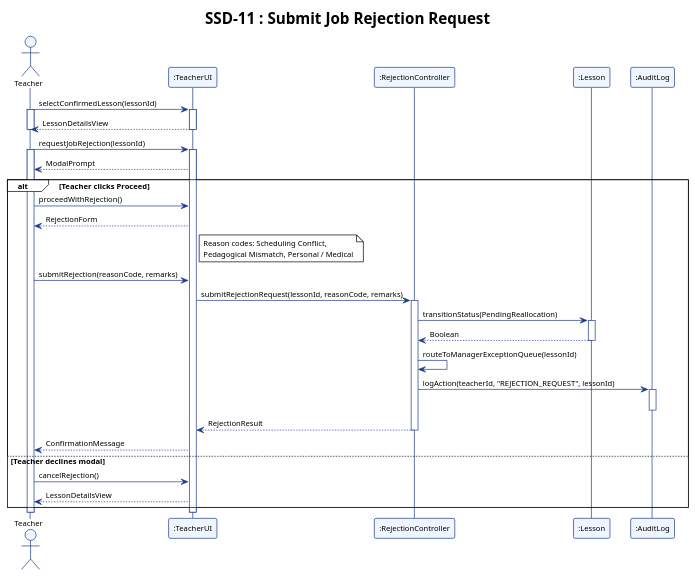
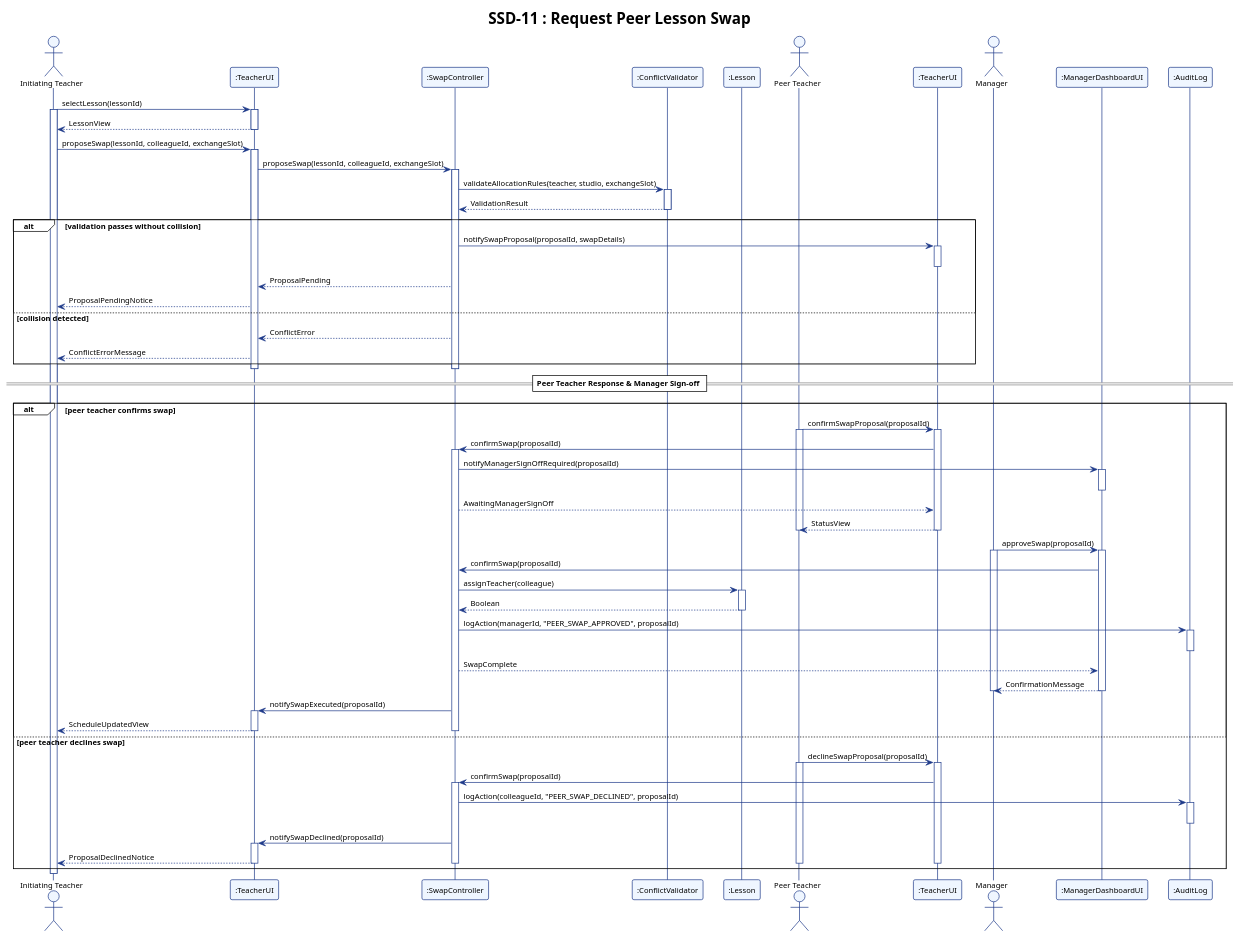
The diagram in report/assets/ssd_11.puml (adoreblvnk/2001temp), drawn with PlantUML before and after one commit. The commit also changed 27 other files, not shown here.

```diff
--- a/report/assets/ssd_11.puml
+++ b/report/assets/ssd_11.puml
@@ -1,74 +1,123 @@
 @startuml ssd_11
 !theme plain
 skinparam shadowing false
 skinparam defaultFontName "Helvetica", "Arial", sans-serif
 skinparam defaultFontSize 11
 skinparam sequence {
     ParticipantBorderColor #1E3A8A
     ParticipantBackgroundColor #EFF6FF
     LifeLineBorderColor #1E3A8A
     LifeLineBackgroundColor #FFFFFF
     ArrowColor #1E3A8A
     ActorBorderColor #1E3A8A
     ActorBackgroundColor #EFF6FF
 }
 
-title SSD-11 : Submit Job Rejection Request
+title SSD-11 : Request Peer Lesson Swap
 
-actor Teacher
+actor "Initiating Teacher" as Teacher
 participant ":TeacherUI" as TeacherUI
-participant ":RejectionController" as RejectionController
+participant ":SwapController" as SwapController
+participant ":ConflictValidator" as ConflictValidator
 participant ":Lesson" as Lesson
+actor "Peer Teacher" as Colleague
+participant ":TeacherUI" as ColleagueUI
+actor Manager
+participant ":ManagerDashboardUI" as ManagerUI
 participant ":AuditLog" as AuditLog
 
-Teacher -> TeacherUI : selectConfirmedLesson(lessonId)
+Teacher -> TeacherUI : selectLesson(lessonId)
 activate Teacher
 activate TeacherUI
+TeacherUI --> Teacher : LessonView
+deactivate TeacherUI
 
-TeacherUI --> Teacher : LessonDetailsView
+Teacher -> TeacherUI : proposeSwap(lessonId, colleagueId, exchangeSlot)
+activate TeacherUI
+TeacherUI -> SwapController : proposeSwap(lessonId, colleagueId, exchangeSlot)
+activate SwapController
+
+SwapController -> ConflictValidator : validateAllocationRules(teacher, studio, exchangeSlot)
+activate ConflictValidator
+ConflictValidator --> SwapController : ValidationResult
+deactivate ConflictValidator
+
+alt validation passes without collision
+    SwapController -> ColleagueUI : notifySwapProposal(proposalId, swapDetails)
+    activate ColleagueUI
+    deactivate ColleagueUI
+
+    SwapController --> TeacherUI : ProposalPending
+    TeacherUI --> Teacher : ProposalPendingNotice
+else collision detected
+    SwapController --> TeacherUI : ConflictError
+    TeacherUI --> Teacher : ConflictErrorMessage
+end
+
+deactivate SwapController
 deactivate TeacherUI
-deactivate Teacher
 
-Teacher -> TeacherUI : requestJobRejection(lessonId)
-activate Teacher
-activate TeacherUI
+== Peer Teacher Response & Manager Sign-off ==
 
-TeacherUI --> Teacher : ModalPrompt
+alt peer teacher confirms swap
+    Colleague -> ColleagueUI : confirmSwapProposal(proposalId)
+    activate Colleague
+    activate ColleagueUI
+    ColleagueUI -> SwapController : confirmSwap(proposalId)
+    activate SwapController
 
-alt Teacher clicks Proceed
-    Teacher -> TeacherUI : proceedWithRejection()
-    TeacherUI --> Teacher : RejectionForm
+    SwapController -> ManagerUI : notifyManagerSignOffRequired(proposalId)
+    activate ManagerUI
+    deactivate ManagerUI
 
-    note right of TeacherUI
-      Reason codes: Scheduling Conflict,
-      Pedagogical Mismatch, Personal / Medical
-    end note
+    SwapController --> ColleagueUI : AwaitingManagerSignOff
+    ColleagueUI --> Colleague : StatusView
+    deactivate ColleagueUI
+    deactivate Colleague
 
-    Teacher -> TeacherUI : submitRejection(reasonCode, remarks)
-    TeacherUI -> RejectionController : submitRejectionRequest(lessonId, reasonCode, remarks)
-    activate RejectionController
+    Manager -> ManagerUI : approveSwap(proposalId)
+    activate Manager
+    activate ManagerUI
+    ManagerUI -> SwapController : confirmSwap(proposalId)
 
-    RejectionController -> Lesson : transitionStatus(PendingReallocation)
+    SwapController -> Lesson : assignTeacher(colleague)
     activate Lesson
-    Lesson --> RejectionController : Boolean
+    Lesson --> SwapController : Boolean
     deactivate Lesson
 
-    RejectionController -> RejectionController : routeToManagerExceptionQueue(lessonId)
-
-    RejectionController -> AuditLog : logAction(teacherId, "REJECTION_REQUEST", lessonId)
+    SwapController -> AuditLog : logAction(managerId, "PEER_SWAP_APPROVED", proposalId)
     activate AuditLog
     deactivate AuditLog
 
-    RejectionController --> TeacherUI : RejectionResult
-    deactivate RejectionController
+    SwapController --> ManagerUI : SwapComplete
+    ManagerUI --> Manager : ConfirmationMessage
+    deactivate ManagerUI
+    deactivate Manager
 
-    TeacherUI --> Teacher : ConfirmationMessage
-else Teacher declines modal
-    Teacher -> TeacherUI : cancelRejection()
-    TeacherUI --> Teacher : LessonDetailsView
+    SwapController -> TeacherUI : notifySwapExecuted(proposalId)
+    activate TeacherUI
+    TeacherUI --> Teacher : ScheduleUpdatedView
+    deactivate TeacherUI
+    deactivate SwapController
+else peer teacher declines swap
+    Colleague -> ColleagueUI : declineSwapProposal(proposalId)
+    activate Colleague
+    activate ColleagueUI
+    ColleagueUI -> SwapController : confirmSwap(proposalId)
+    activate SwapController
+
+    SwapController -> AuditLog : logAction(colleagueId, "PEER_SWAP_DECLINED", proposalId)
+    activate AuditLog
+    deactivate AuditLog
+
+    SwapController -> TeacherUI : notifySwapDeclined(proposalId)
+    activate TeacherUI
+    TeacherUI --> Teacher : ProposalDeclinedNotice
+    deactivate TeacherUI
+    deactivate SwapController
+    deactivate ColleagueUI
+    deactivate Colleague
 end
 
-deactivate TeacherUI
 deactivate Teacher
-
 @enduml
```
